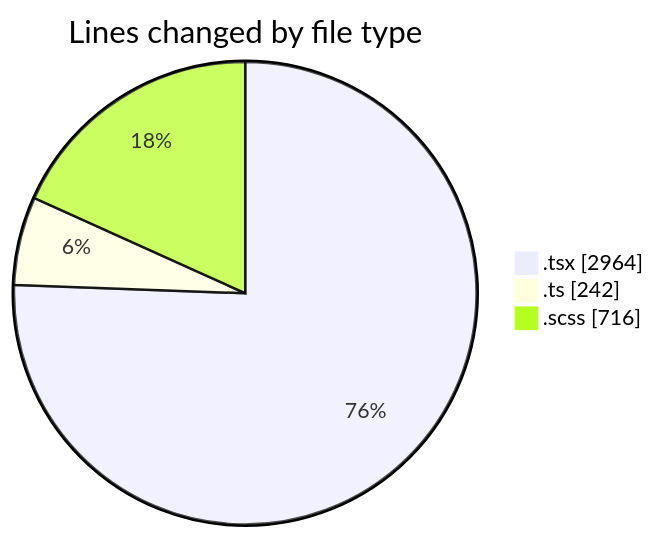
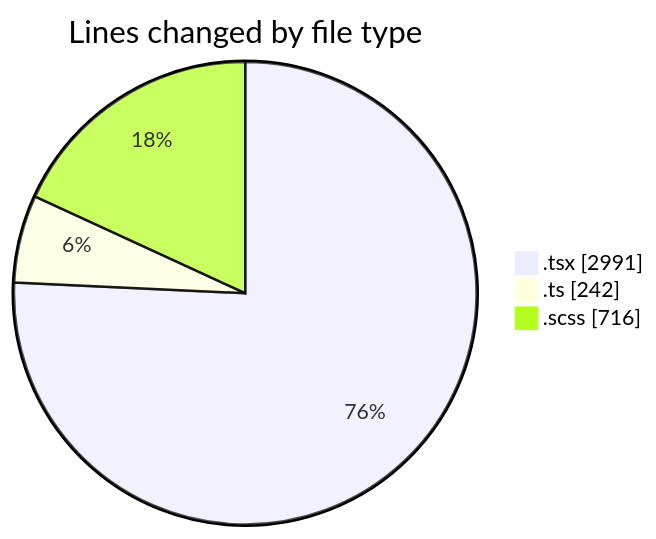
The first of 2 diagrams in 2025-09-15/cda/README.md (momahboobian/code-tracking), drawn with Mermaid before and after one commit. The commit also changed other lines of this file and 1 other file, not shown here.

````diff
--- a/2025-09-15/cda/README.md
+++ b/2025-09-15/cda/README.md
@@ -25,7 +25,7 @@
 ```mermaid
 pie showData
 title Lines changed by file type
-".tsx" : 2964
+".tsx" : 2991
 ".ts" : 242
 ".scss" : 716
 ```
````
